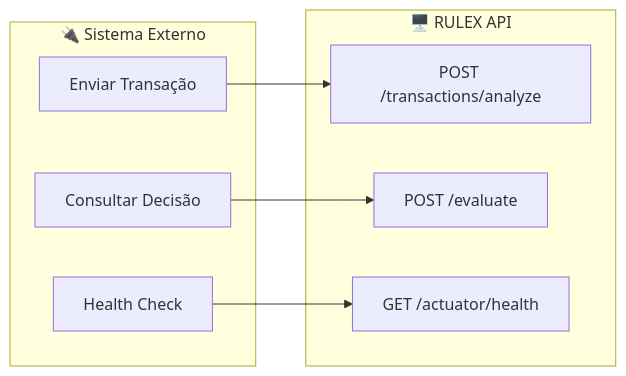
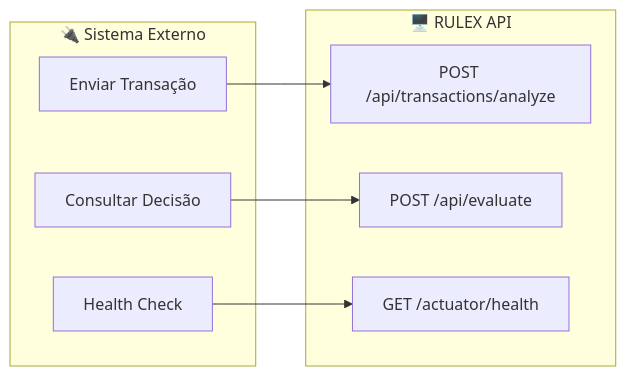
The fourth of 44 diagrams in docs/DIAGRAMAS.md (FELIPEACASTRO/RULEX), drawn with Mermaid before and after one commit. The commit also changed other lines of this file and 7 other files, not shown here.

Commit message:
docs(diagramas): normalize /api endpoints and de-hallucinate flows

````diff
--- a/docs/DIAGRAMAS.md
+++ b/docs/DIAGRAMAS.md
@@ -636,16 +694,16 @@
 ```mermaid
 flowchart LR
     subgraph Externo["🔌 Sistema Externo"]
         E1[Enviar Transação]
         E2[Consultar Decisão]
         E3[Health Check]
     end
     subgraph RULEX["🖥️ RULEX API"]
-        R1["POST /transactions/analyze"]
-        R2["POST /evaluate"]
+      R1["POST /api/transactions/analyze"]
+      R2["POST /api/evaluate"]
         R3["GET /actuator/health"]
     end
     E1 --> R1
     E2 --> R2
     E3 --> R3
 ```
````
